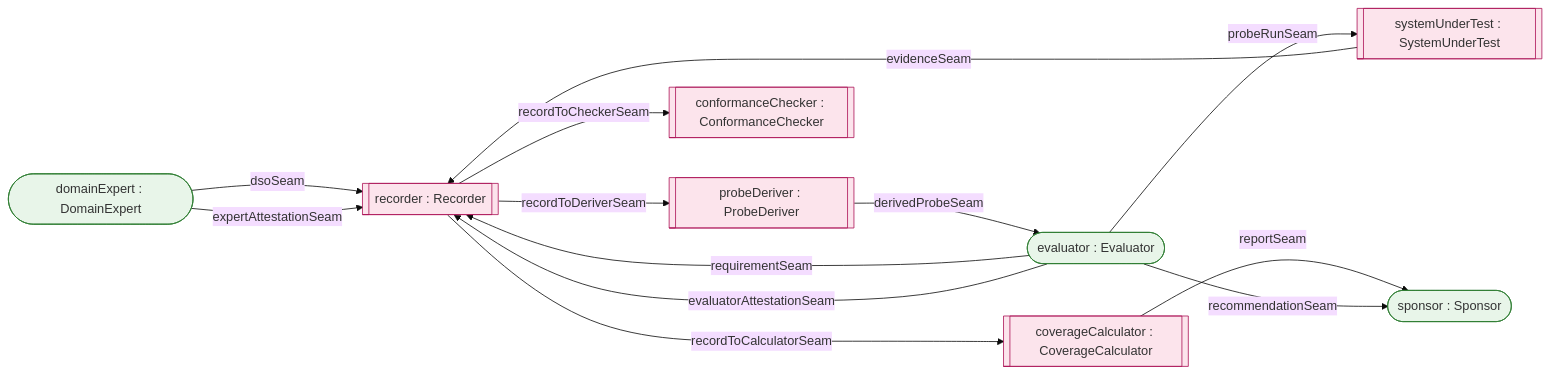
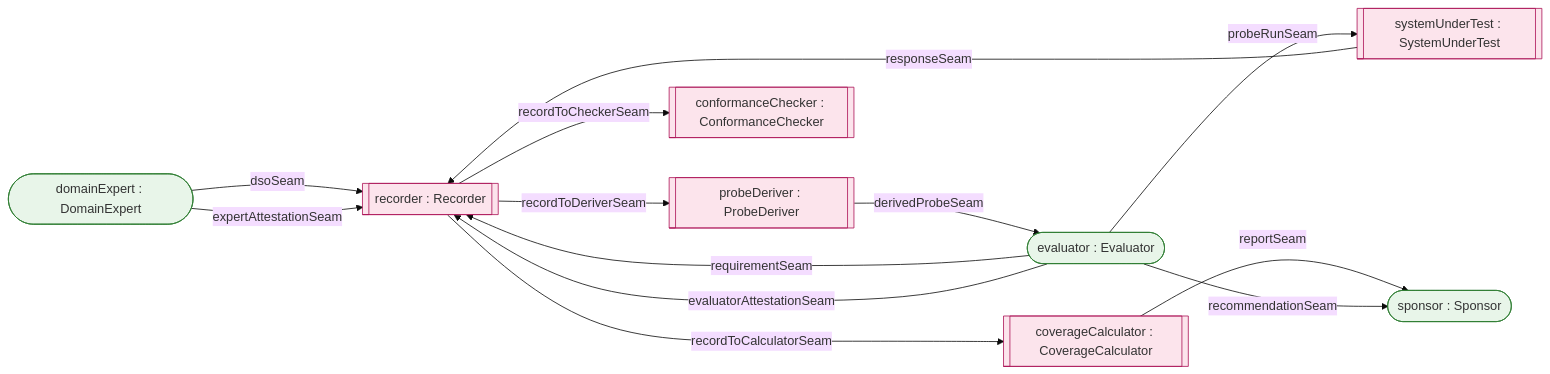
The diagram in generated/wiring.md (DynamicalSystemsGroup/og-caie-spec), drawn with Mermaid (base theme) before and after one commit. The commit also changed 22 other files, not shown here.

````diff
--- a/generated/wiring.md
+++ b/generated/wiring.md
@@ -5,27 +5,27 @@
 ```{mermaid}
 flowchart LR
   domainExpert(["domainExpert : DomainExpert"])
   evaluator(["evaluator : Evaluator"])
   sponsor(["sponsor : Sponsor"])
   systemUnderTest[["systemUnderTest : SystemUnderTest"]]
   probeDeriver[["probeDeriver : ProbeDeriver"]]
   conformanceChecker[["conformanceChecker : ConformanceChecker"]]
   recorder[["recorder : Recorder"]]
   coverageCalculator[["coverageCalculator : CoverageCalculator"]]
   domainExpert -- "dsoSeam" --> recorder
   evaluator -- "requirementSeam" --> recorder
   probeDeriver -- "derivedProbeSeam" --> evaluator
   evaluator -- "probeRunSeam" --> systemUnderTest
-  systemUnderTest -- "evidenceSeam" --> recorder
+  systemUnderTest -- "responseSeam" --> recorder
   evaluator -- "evaluatorAttestationSeam" --> recorder
   domainExpert -- "expertAttestationSeam" --> recorder
   recorder -- "recordToDeriverSeam" --> probeDeriver
   recorder -- "recordToCheckerSeam" --> conformanceChecker
   recorder -- "recordToCalculatorSeam" --> coverageCalculator
   coverageCalculator -- "reportSeam" --> sponsor
   evaluator -- "recommendationSeam" --> sponsor
   classDef human fill:#e8f5e9,stroke:#2e7d32;
   classDef machine fill:#fce4ec,stroke:#ad1457;
   class domainExpert,evaluator,sponsor human;
   class systemUnderTest,probeDeriver,conformanceChecker,recorder,coverageCalculator machine;
 ```
````
